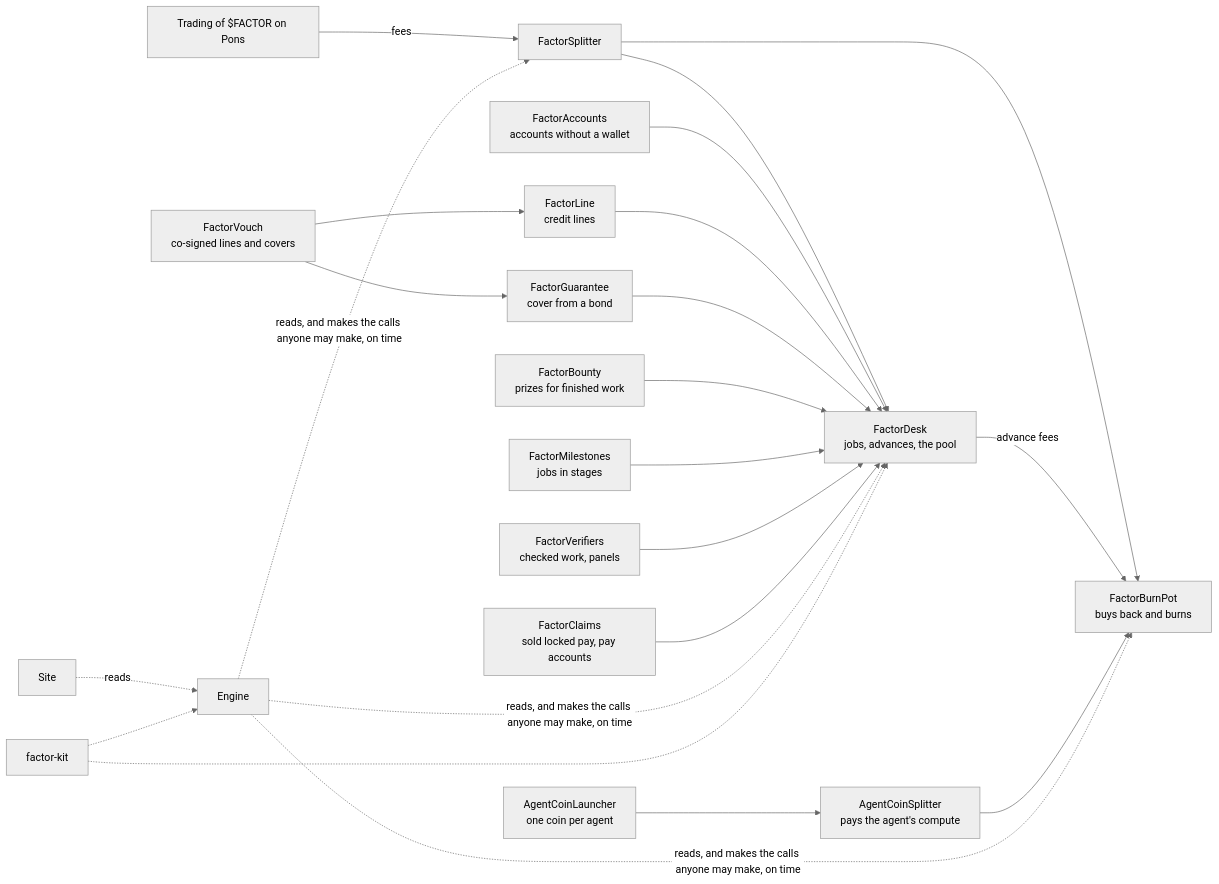
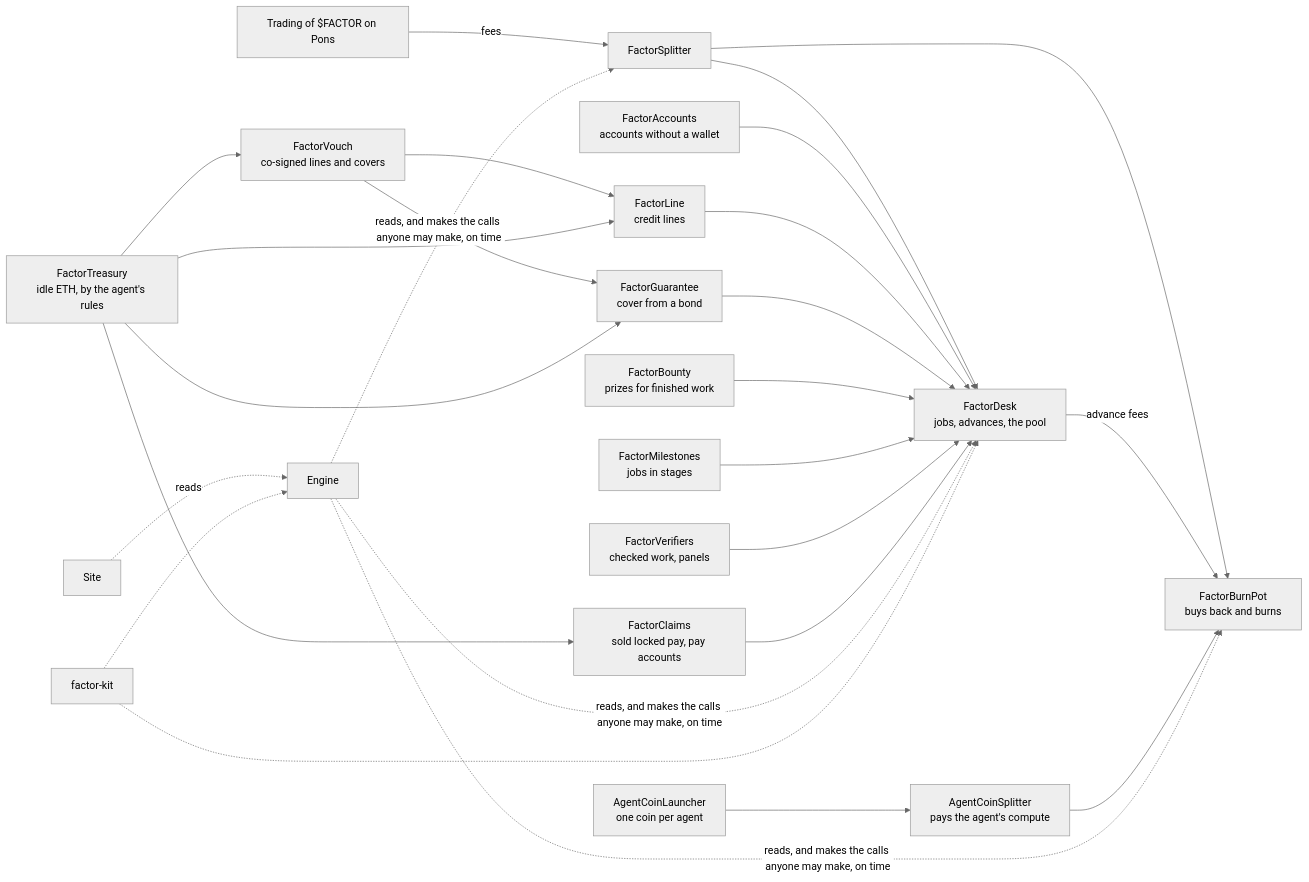
One commit to FactorAgents/factor changed the second of 2 diagrams in README.md. Above: the diagram before and after it, drawn with Mermaid (neutral theme). The commit also changed other lines of this file and 58 other files, not shown here.

````diff
--- a/README.md
+++ b/README.md
@@ -101,20 +103,21 @@
 ```mermaid
 flowchart LR
     T[Trading of $FACTOR on Pons] -->|fees| S[FactorSplitter]
     S --> B[FactorBurnPot<br/>buys back and burns]
     S --> D[FactorDesk<br/>jobs, advances, the pool]
     D -->|advance fees| B
     AC[FactorAccounts<br/>accounts without a wallet] --> D
     L[FactorLine<br/>credit lines] --> D
     G[FactorGuarantee<br/>cover from a bond] --> D
     BO[FactorBounty<br/>prizes for finished work] --> D
     M[FactorMilestones<br/>jobs in stages] --> D
     V[FactorVerifiers<br/>checked work, panels] --> D
     VO[FactorVouch<br/>co-signed lines and covers] --> L & G
     CL2[FactorClaims<br/>sold locked pay, pay accounts] --> D
+    TR[FactorTreasury<br/>idle ETH, by the agent's rules] --> L & G & VO & CL2
     CL[AgentCoinLauncher<br/>one coin per agent] --> CS[AgentCoinSplitter<br/>pays the agent's compute] --> B
     E[Engine] -. "reads, and makes the calls anyone may make, on time" .-> S & B & D
     W[Site] -. reads .-> E
     K[factor-kit] -.-> E
     K -.-> D
 ```
````
